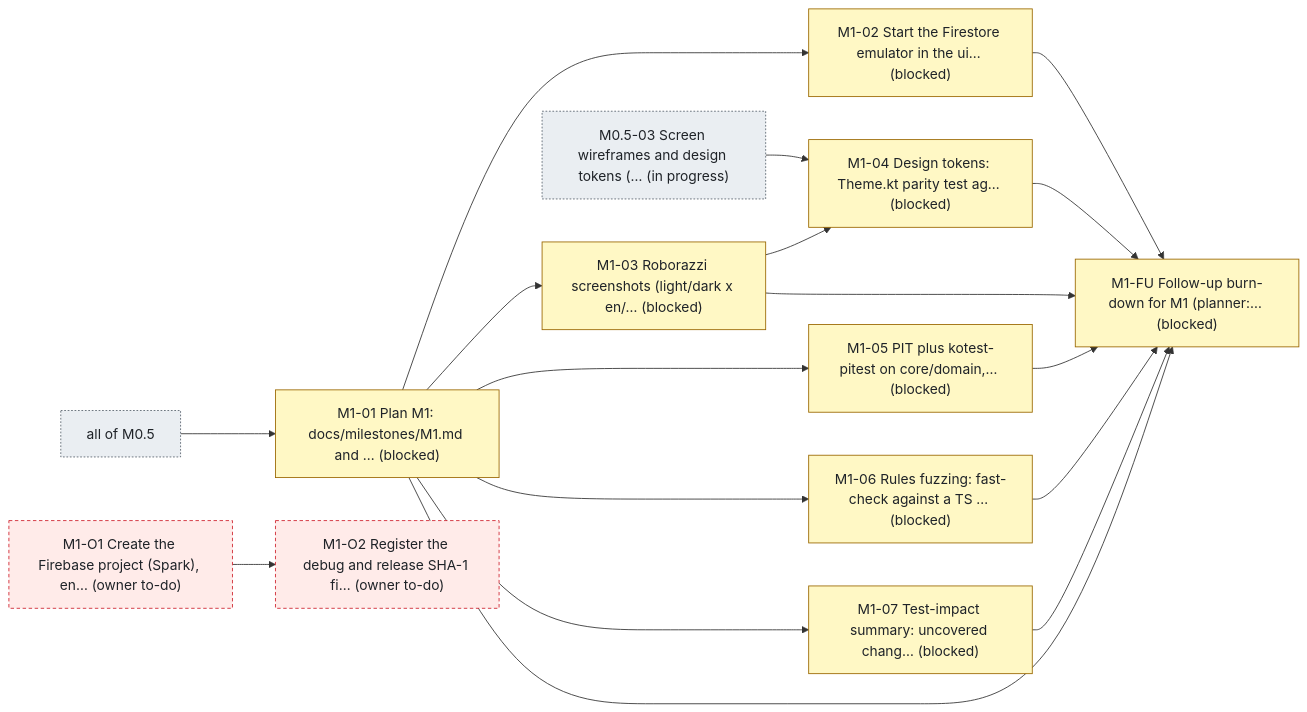
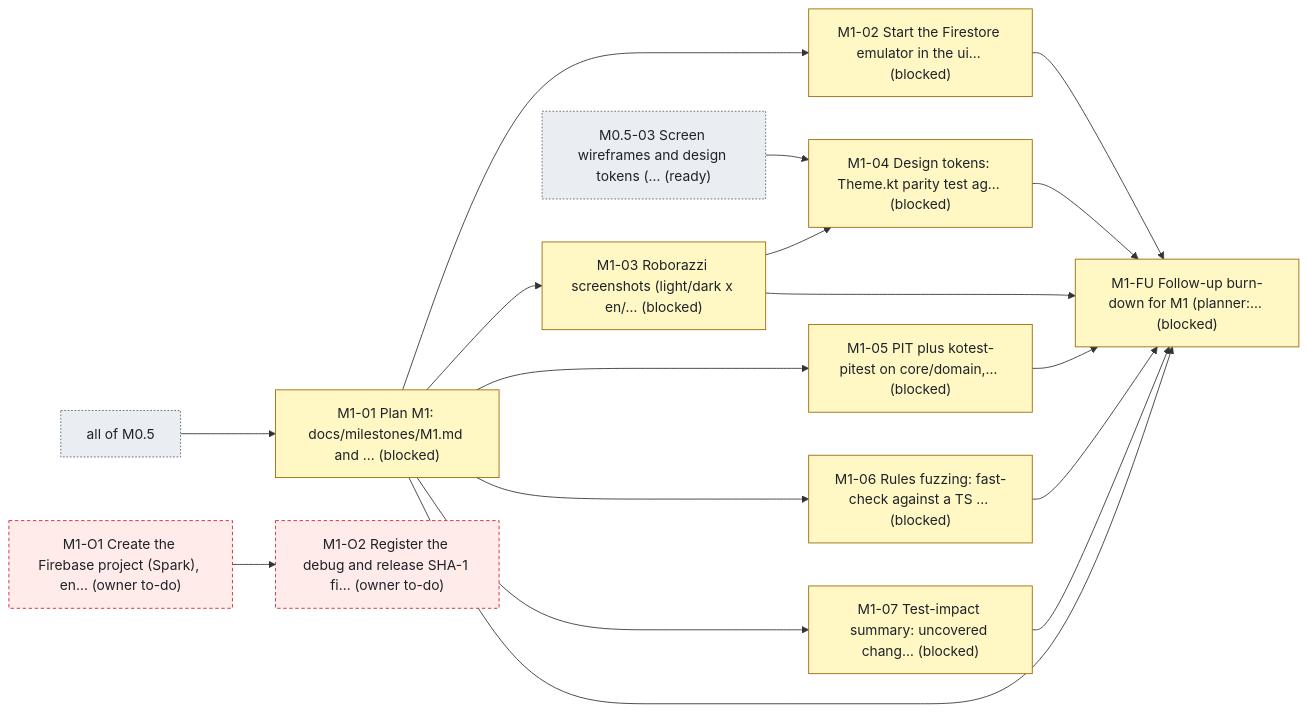
The second of 2 diagrams in status.md (bondo/listicles2), drawn with Mermaid before and after one commit. The commit also changed other lines of this file and 2 other files, not shown here.

````diff
--- a/status.md
+++ b/status.md
@@ -152,36 +152,36 @@
 ```mermaid
 flowchart LR
     n0["M1-01 Plan M1: docs/milestones/M1.md and … (blocked)"]:::blocked
     n1["M1-02 Start the Firestore emulator in the ui… (blocked)"]:::blocked
     n2["M1-03 Roborazzi screenshots (light/dark x en/… (blocked)"]:::blocked
     n3["M1-04 Design tokens: Theme.kt parity test ag… (blocked)"]:::blocked
     n4["M1-05 PIT plus kotest-pitest on core/domain,… (blocked)"]:::blocked
     n5["M1-06 Rules fuzzing: fast-check against a TS … (blocked)"]:::blocked
     n6["M1-07 Test-impact summary: uncovered chang… (blocked)"]:::blocked
     n7["M1-FU Follow-up burn-down for M1 (planner:… (blocked)"]:::blocked
     n8["M1-O1 Create the Firebase project (Spark), en… (owner to-do)"]:::owner
     n9["M1-O2 Register the debug and release SHA-1 fi… (owner to-do)"]:::owner
     n10["all of M0.5"]:::ext
-    n11["M0.5-03 Screen wireframes and design tokens (… (in progress)"]:::ext
+    n11["M0.5-03 Screen wireframes and design tokens (… (ready)"]:::ext
     n10 --> n0
     n0 --> n1
     n0 --> n2
     n11 --> n3
     n2 --> n3
     n0 --> n4
     n0 --> n5
     n0 --> n6
     n0 --> n7
     n1 --> n7
     n2 --> n7
     n3 --> n7
     n4 --> n7
     n5 --> n7
     n6 --> n7
     n8 --> n9
     classDef ready fill:#dafbe1,stroke:#1a7f37,color:#1f2328
     classDef progress fill:#ddf4ff,stroke:#0969da,color:#1f2328
     classDef blocked fill:#fff8c5,stroke:#9a6700,color:#1f2328
     classDef owner fill:#ffebe9,stroke:#cf222e,color:#1f2328,stroke-dasharray:4 3
     classDef ext fill:#eaeef2,stroke:#59636e,color:#1f2328,stroke-dasharray:2 2
 ```
````
